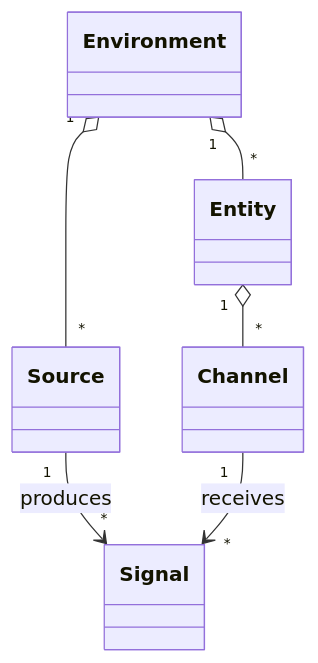
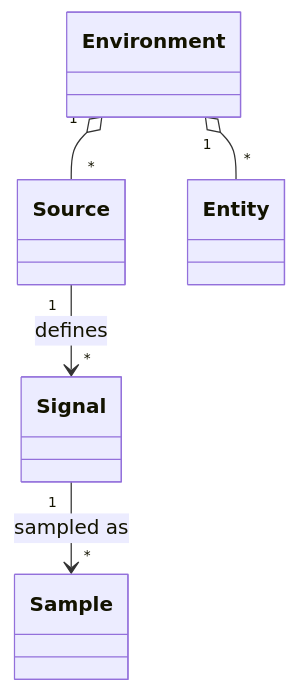
One commit to skasti/skyn-vaettr changed the third of 15 diagrams in docs/architecture.md. Above: the diagram before and after it, drawn with Mermaid. The commit also changed other lines of this file, not shown here.

````diff
--- a/docs/architecture.md
+++ b/docs/architecture.md
@@ -169,14 +179,13 @@
 ```mermaid
 classDiagram
     class Environment
     class Source
     class Entity
-    class Channel
     class Signal
+    class Sample
 
     Environment "1" o-- "*" Source
     Environment "1" o-- "*" Entity
-    Source "1" --> "*" Signal : produces
-    Entity "1" o-- "*" Channel
-    Channel "1" --> "*" Signal : receives
+    Source "1" --> "*" Signal : defines
+    Signal "1" --> "*" Sample : sampled as
 ```
````
